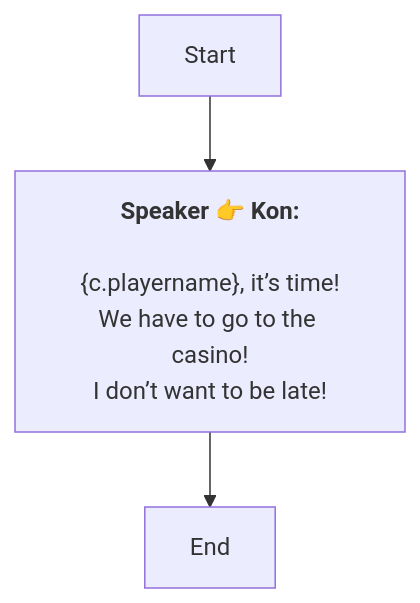
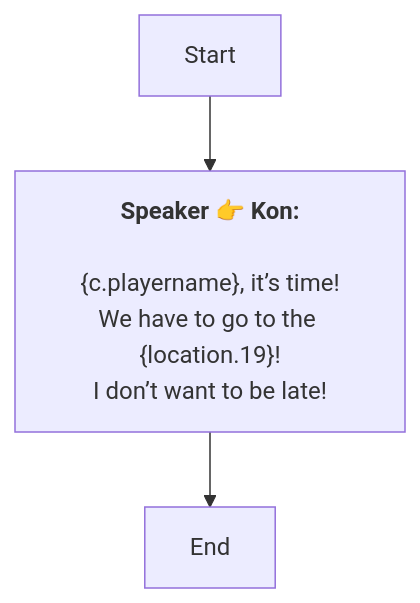
One commit to SoftHu/tos_avg changed the diagram in En/QuestStartTalkENode_1778170494922996.md. Above: the diagram before and after it, drawn with Mermaid. The commit also changed 730 other files, not shown here.

````diff
--- a/En/QuestStartTalkENode_1778170494922996.md
+++ b/En/QuestStartTalkENode_1778170494922996.md
@@ -1,9 +1,9 @@
 ```mermaid
 graph
 Start -->1778170536962296[<b>Speaker 👉 Kon:</b>
 \n&lbrace;c.playername&rbrace;, it’s time!
-We have to go to the casino!
+We have to go to the &lbrace;location.19&rbrace;!
 I don’t want to be late!]
 1778170536962296 -->1778170551081209[End]
 
 ```
````
